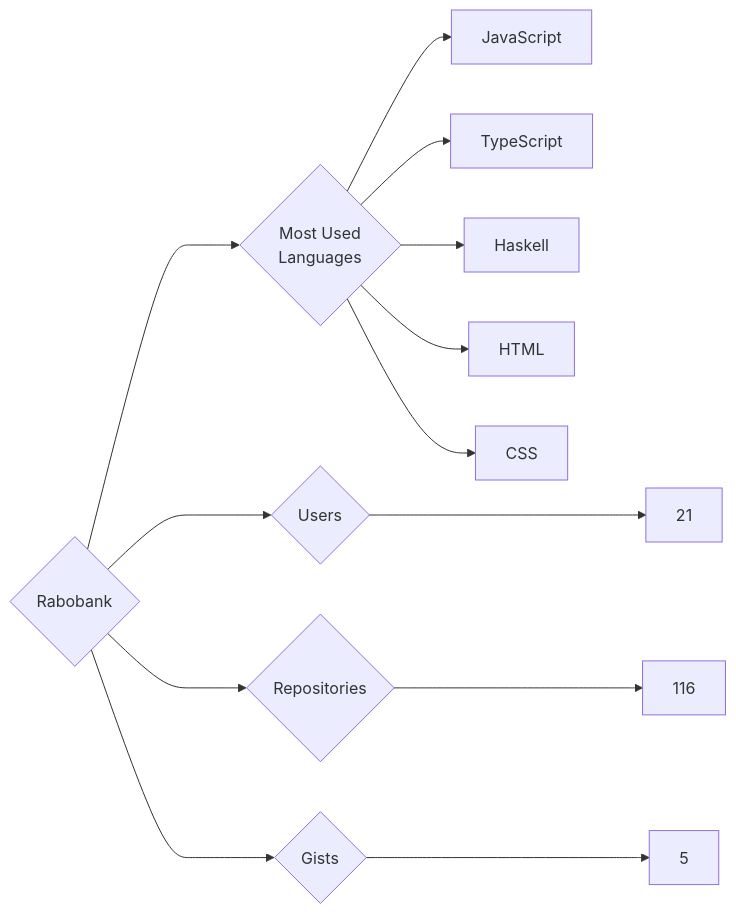
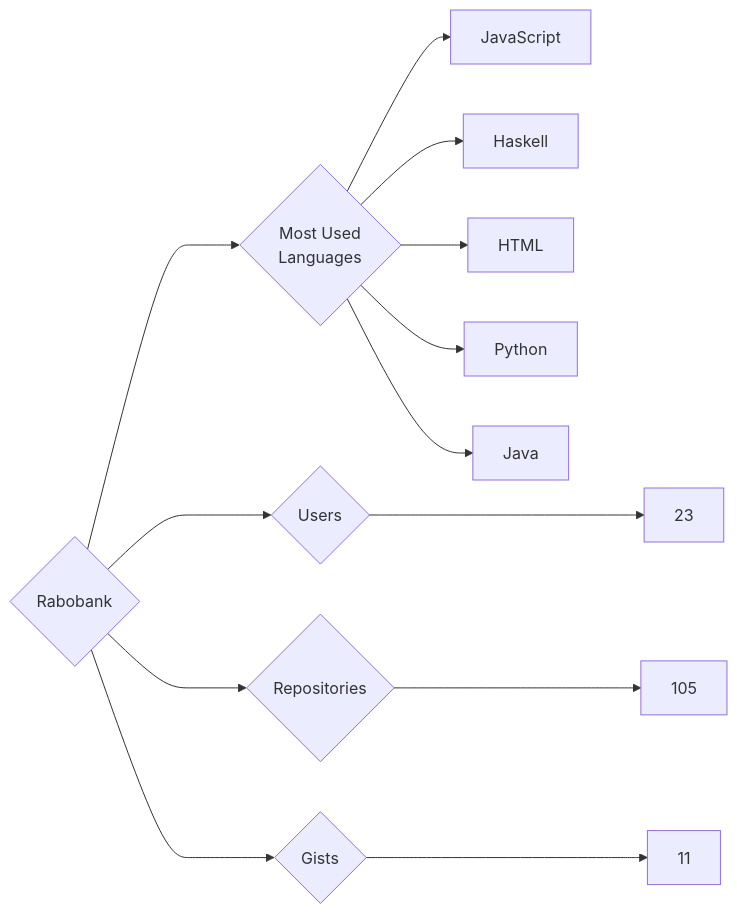
The diagram in targets/Rabobank/README.md (trickest/insiders), drawn with Mermaid before and after one commit. The commit also changed 829 other files, not shown here.

````diff
--- a/targets/Rabobank/README.md
+++ b/targets/Rabobank/README.md
@@ -3,13 +3,13 @@
 ```mermaid
 graph LR
 COMPANY_NAME{Rabobank}
-COMPANY_NAME ---> U{Users} ---> UN[21]
-COMPANY_NAME ---> R{Repositories} ---> RN[116]
-COMPANY_NAME ---> G{Gists} ---> GN[5]
+COMPANY_NAME ---> U{Users} ---> UN[23]
+COMPANY_NAME ---> R{Repositories} ---> RN[105]
+COMPANY_NAME ---> G{Gists} ---> GN[11]
 COMPANY_NAME ---> ML{Most Used<br>Languages}
 ML --> JavaScript[JavaScript]
-ML --> TypeScript[TypeScript]
 ML --> Haskell[Haskell]
 ML --> HTML[HTML]
-ML --> CSS[CSS]
+ML --> Python[Python]
+ML --> Java[Java]
 ```
````
